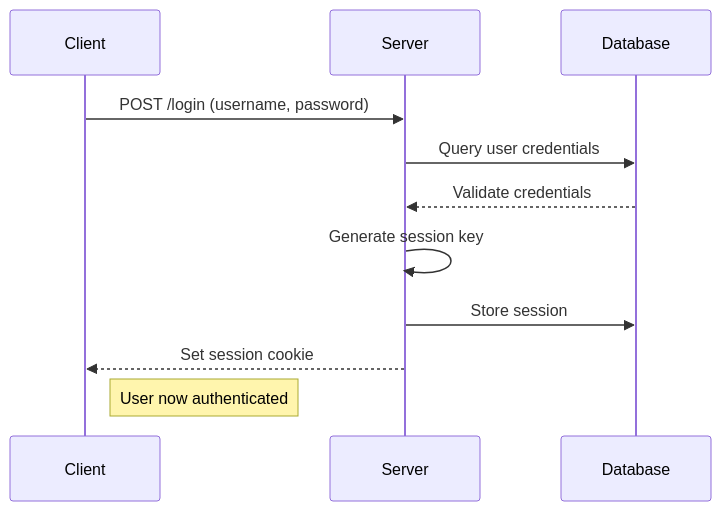
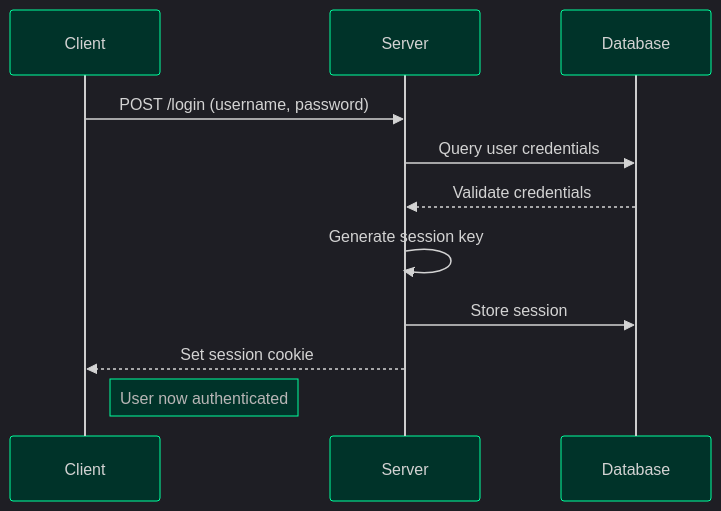
Before and after one commit to lundeen06/mintdrop: the third of 4 diagrams in README.md, drawn with Mermaid. The commit also changed other lines of this file, not shown here.

````diff
--- a/README.md
+++ b/README.md
@@ -156,14 +186,32 @@
 ```mermaid
+%%{init: {
+  'theme': 'dark',
+  'themeVariables': {
+    'primaryColor': '#00ff9d',
+    'primaryTextColor': '#fff',
+    'primaryBorderColor': '#00ff9d',
+    'lineColor': '#00ff9d',
+    'secondaryColor': '#006647',
+    'tertiaryColor': '#003329',
+    'background': '#1a1a1a',
+    'actorBkg': '#003329',
+    'actorBorder': '#00ff9d',
+    'activationBkgColor': '#006647',
+    'activationBorderColor': '#00ff9d',
+    'noteBkgColor': '#003329',
+    'noteBorderColor': '#00ff9d'
+  }
+}}%%
 sequenceDiagram
     participant Client
     participant Server
     participant Database
     
     Client->>Server: POST /login (username, password)
     Server->>Database: Query user credentials
     Database-->>Server: Validate credentials
     Server->>Server: Generate session key
     Server->>Database: Store session
     Server-->>Client: Set session cookie
     Note right of Client: User now authenticated
 ```
````
